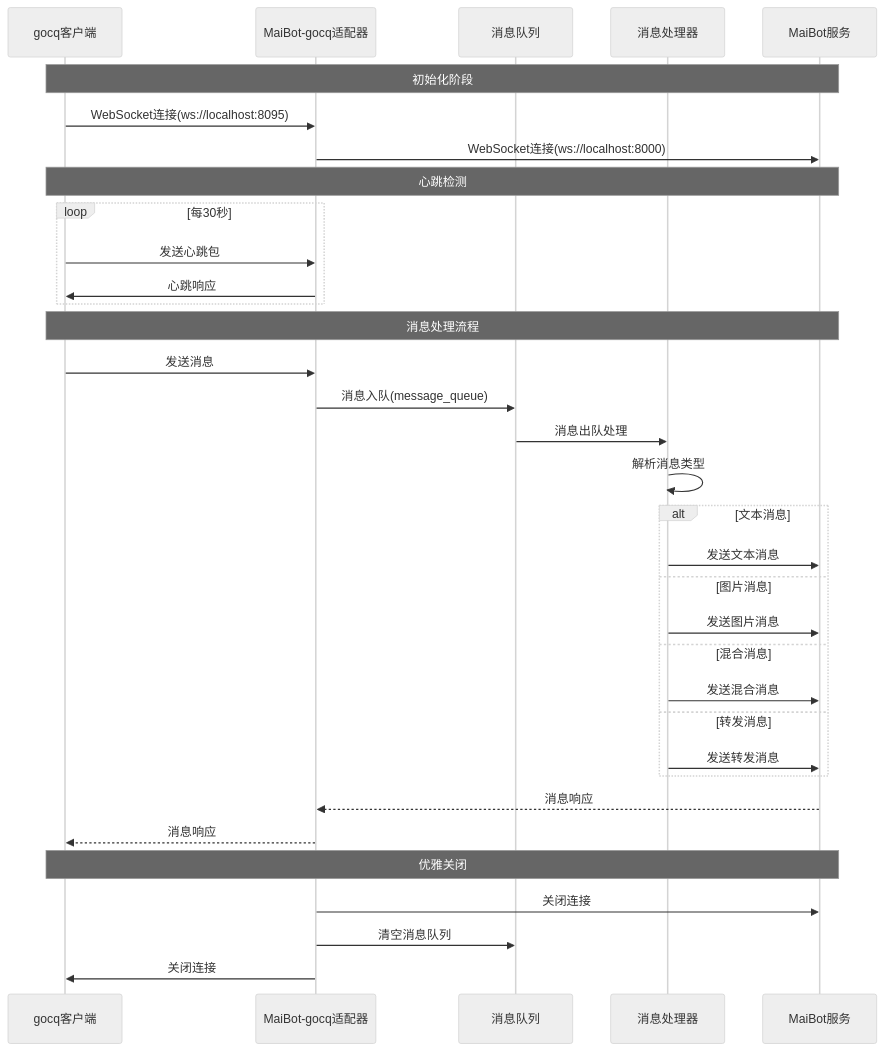
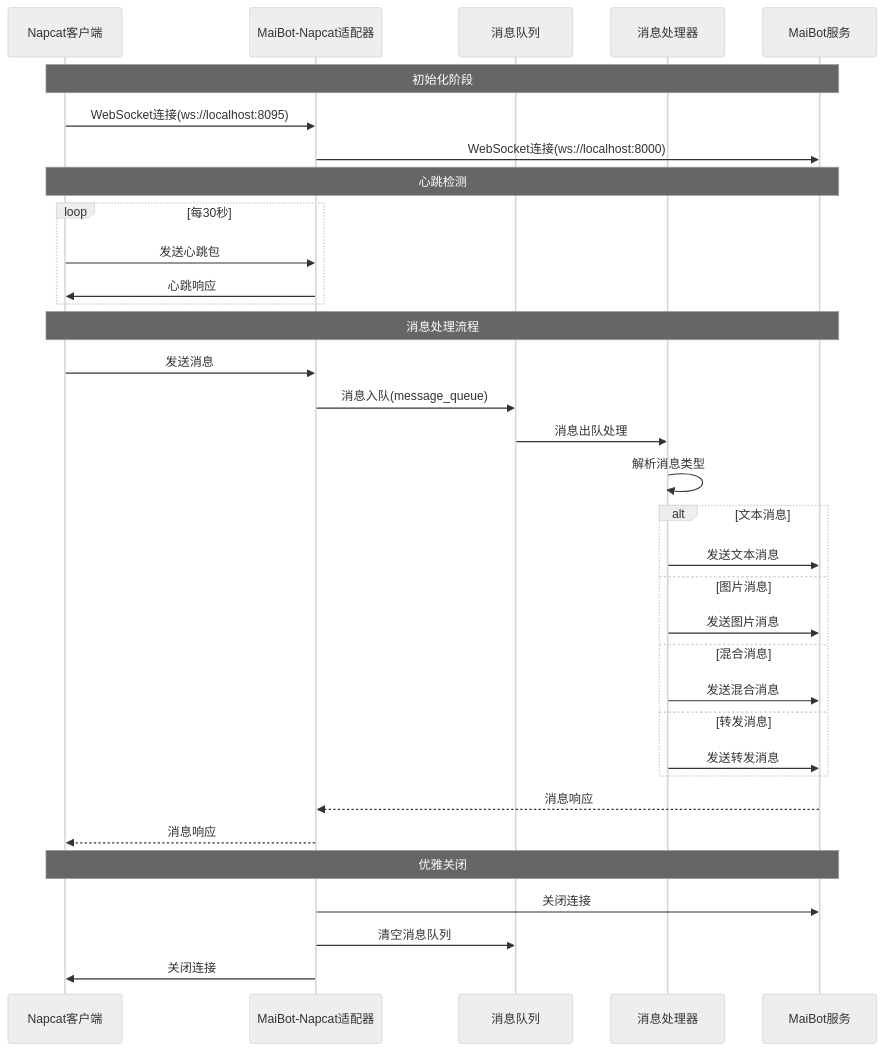
Before and after one commit to SnowindMe/MaiBot-Gocq-Adapter_NEW_: the diagram in README.md, drawn with Mermaid (neutral theme). The commit also changed other lines of this file and 28 other files, not shown here.

````diff
--- a/README.md
+++ b/README.md
@@ -9,40 +9,40 @@
 ```mermaid
 sequenceDiagram
-    participant gocq as gocq客户端
-    participant Adapter as MaiBot-gocq适配器
+    participant Napcat as Napcat客户端
+    participant Adapter as MaiBot-Napcat适配器
     participant Queue as 消息队列
     participant Handler as 消息处理器
     participant MaiBot as MaiBot服务
 
-    Note over gocq,MaiBot: 初始化阶段
-    gocq->>Adapter: WebSocket连接(ws://localhost:8095)
+    Note over Napcat,MaiBot: 初始化阶段
+    Napcat->>Adapter: WebSocket连接(ws://localhost:8095)
     Adapter->>MaiBot: WebSocket连接(ws://localhost:8000)
     
-    Note over gocq,MaiBot: 心跳检测
+    Note over Napcat,MaiBot: 心跳检测
     loop 每30秒
-        gocq->>Adapter: 发送心跳包
-        Adapter->>gocq: 心跳响应
+        Napcat->>Adapter: 发送心跳包
+        Adapter->>Napcat: 心跳响应
     end
 
-    Note over gocq,MaiBot: 消息处理流程
-    gocq->>Adapter: 发送消息
+    Note over Napcat,MaiBot: 消息处理流程
+    Napcat->>Adapter: 发送消息
     Adapter->>Queue: 消息入队(message_queue)
     Queue->>Handler: 消息出队处理
     Handler->>Handler: 解析消息类型
     alt 文本消息
         Handler->>MaiBot: 发送文本消息
     else 图片消息
         Handler->>MaiBot: 发送图片消息
     else 混合消息
         Handler->>MaiBot: 发送混合消息
     else 转发消息
         Handler->>MaiBot: 发送转发消息
     end
     MaiBot-->>Adapter: 消息响应
-    Adapter-->>gocq: 消息响应
+    Adapter-->>Napcat: 消息响应
 
-    Note over gocq,MaiBot: 优雅关闭
+    Note over Napcat,MaiBot: 优雅关闭
     Adapter->>MaiBot: 关闭连接
     Adapter->>Queue: 清空消息队列
-    Adapter->>gocq: 关闭连接
+    Adapter->>Napcat: 关闭连接
 ```
````
